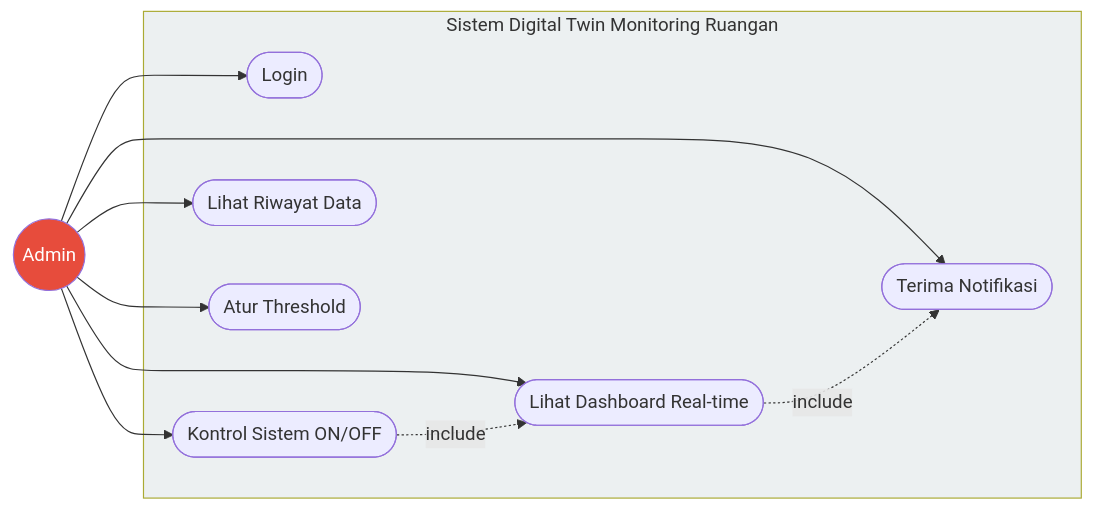
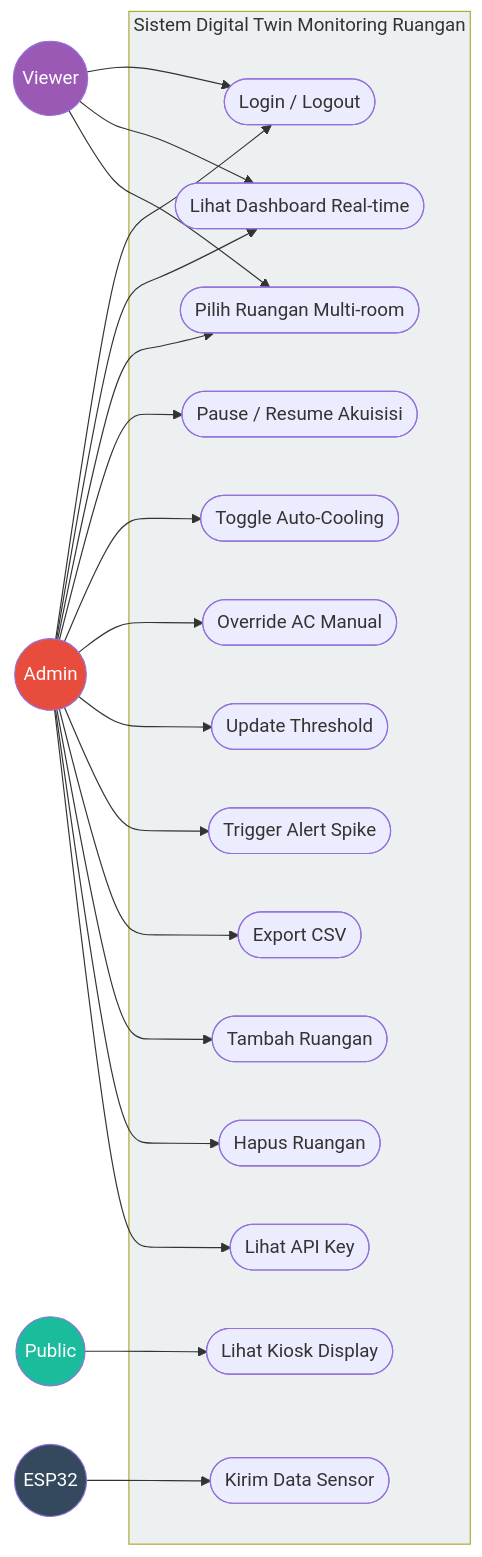
The second of 6 diagrams in sprint-2/System_Modeling/01-analisis-sistem.md (RPLUNIT052026/kelompok4-digitaltwin), drawn with Mermaid before and after one commit. The commit also changed other lines of this file, not shown here.

````diff
--- a/sprint-2/System_Modeling/01-analisis-sistem.md
+++ b/sprint-2/System_Modeling/01-analisis-sistem.md
@@ -39,26 +61,50 @@
 ```mermaid
 graph LR
     ADMIN((Admin))
-    
+    VIEWER((Viewer))
+    PUBLIC((Public))
+    ESP32((ESP32))
+
     subgraph SISTEM[Sistem Digital Twin Monitoring Ruangan]
-        UC1([Login])
-        UC2([Kontrol Sistem ON/OFF])
-        UC3([Lihat Dashboard Real-time])
-        UC4([Lihat Riwayat Data])
-        UC5([Atur Threshold])
-        UC6([Terima Notifikasi])
+        UC1([Login / Logout])
+        UC2([Lihat Dashboard Real-time])
+        UC3([Pilih Ruangan Multi-room])
+        UC4([Pause / Resume Akuisisi])
+        UC5([Toggle Auto-Cooling])
+        UC6([Override AC Manual])
+        UC7([Update Threshold])
+        UC8([Trigger Alert Spike])
+        UC9([Export CSV])
+        UC10([Tambah Ruangan])
+        UC11([Hapus Ruangan])
+        UC12([Lihat API Key])
+        UC13([Lihat Kiosk Display])
+        UC14([Kirim Data Sensor])
     end
-    
+
     ADMIN --> UC1
     ADMIN --> UC2
     ADMIN --> UC3
     ADMIN --> UC4
     ADMIN --> UC5
     ADMIN --> UC6
-    
-    UC2 -.->|include| UC3
-    UC3 -.->|include| UC6
-    
+    ADMIN --> UC7
+    ADMIN --> UC8
+    ADMIN --> UC9
+    ADMIN --> UC10
+    ADMIN --> UC11
+    ADMIN --> UC12
+
+    VIEWER --> UC1
+    VIEWER --> UC2
+    VIEWER --> UC3
+
+    PUBLIC --> UC13
+    ESP32 --> UC14
+
     style ADMIN fill:#e74c3c,color:#fff
+    style VIEWER fill:#9b59b6,color:#fff
+    style PUBLIC fill:#1abc9c,color:#fff
+    style ESP32 fill:#34495e,color:#fff
     style SISTEM fill:#ecf0f1
 ```
````
